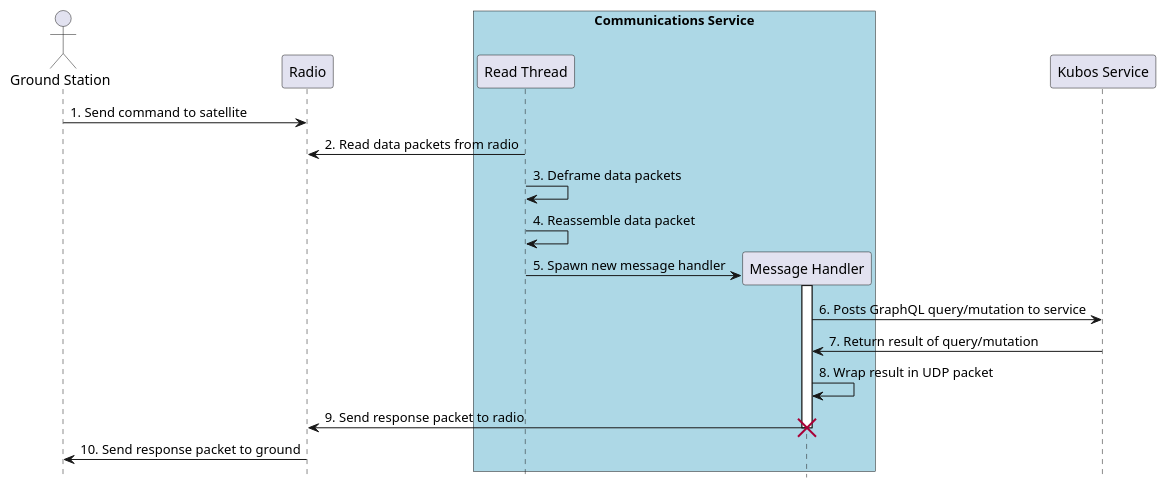
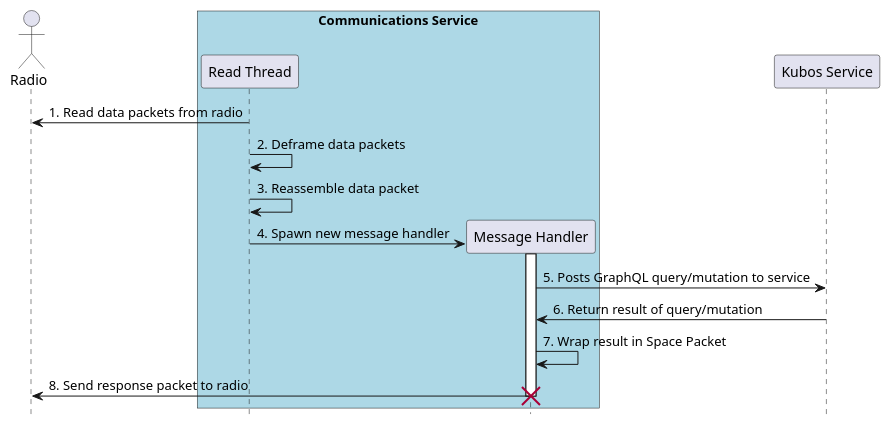
The fourth of 5 diagrams in docs/services/comms-framework.rst (kubos/kubos), drawn with PlantUML before and after one commit. The commit also changed other lines of this file and 7 other files, not shown here.

```diff
--- a/docs/services/comms-framework.rst
+++ b/docs/services/comms-framework.rst
@@ -63,35 +113,29 @@
 .. uml::
 
     @startuml
-    
+
     hide footbox
-    
-    actor "Ground Station" as ground
-    participant Radio
-    
-    ground -> Radio : 1. Send command to satellite
-    
+
+    actor Radio
+
     box "Communications Service" #LightBlue
         participant "Read Thread" as read
 
-        Radio <- read : 2. Read data packets from radio
-        read -> read : 3. Deframe data packets
-        read -> read : 4. Reassemble data packet
-        
+        Radio <- read : 1. Read data packets from radio
+        read -> read : 2. Deframe data packets
+        read -> read : 3. Reassemble data packet
+
         create "Message Handler" as handler
-        read -> handler : 5. Spawn new message handler
+        read -> handler : 4. Spawn new message handler
         activate handler
     end box
-    
+
     participant "Kubos Service" as service
-    
-    handler -> service : 6. Posts GraphQL query/mutation to service
-    service -> handler : 7. Return result of query/mutation
-    handler -> handler : 8. Wrap result in UDP packet
-    handler -> Radio : 9. Send response packet to radio
+
+    handler -> service : 5. Posts GraphQL query/mutation to service
+    service -> handler : 6. Return result of query/mutation
+    handler -> handler : 7. Wrap result in Space Packet
+    handler -> Radio : 8. Send response packet to radio
     destroy handler
-    
-    Radio -> ground : 10. Send response packet to ground
-    
-    
+
     @enduml
```
